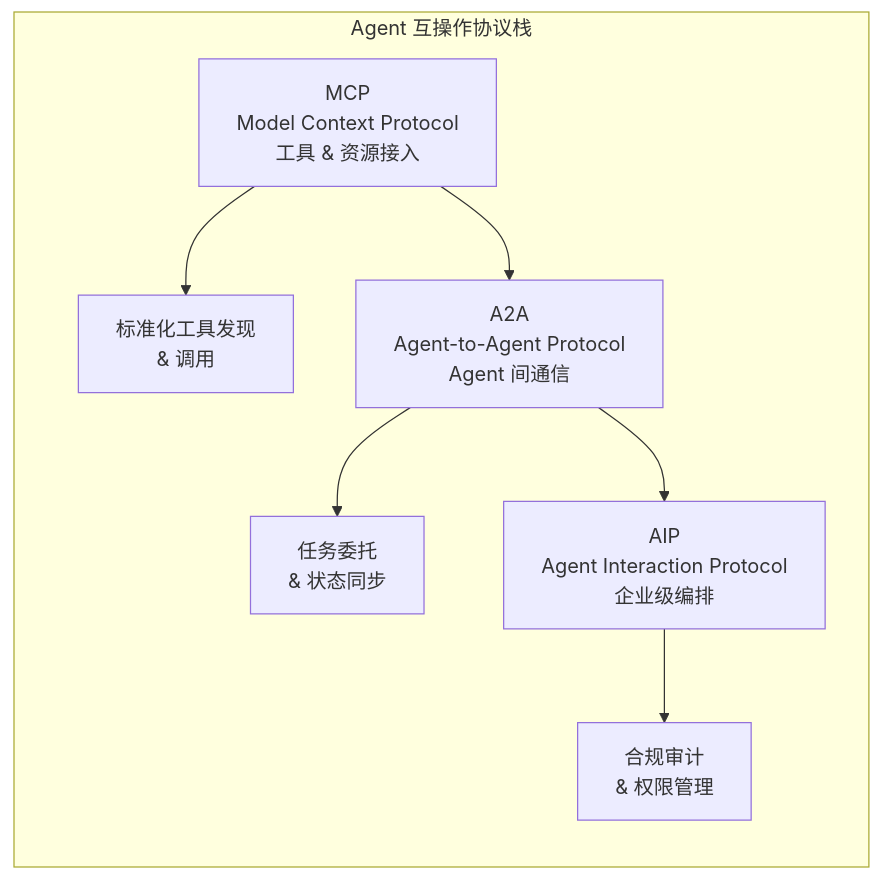
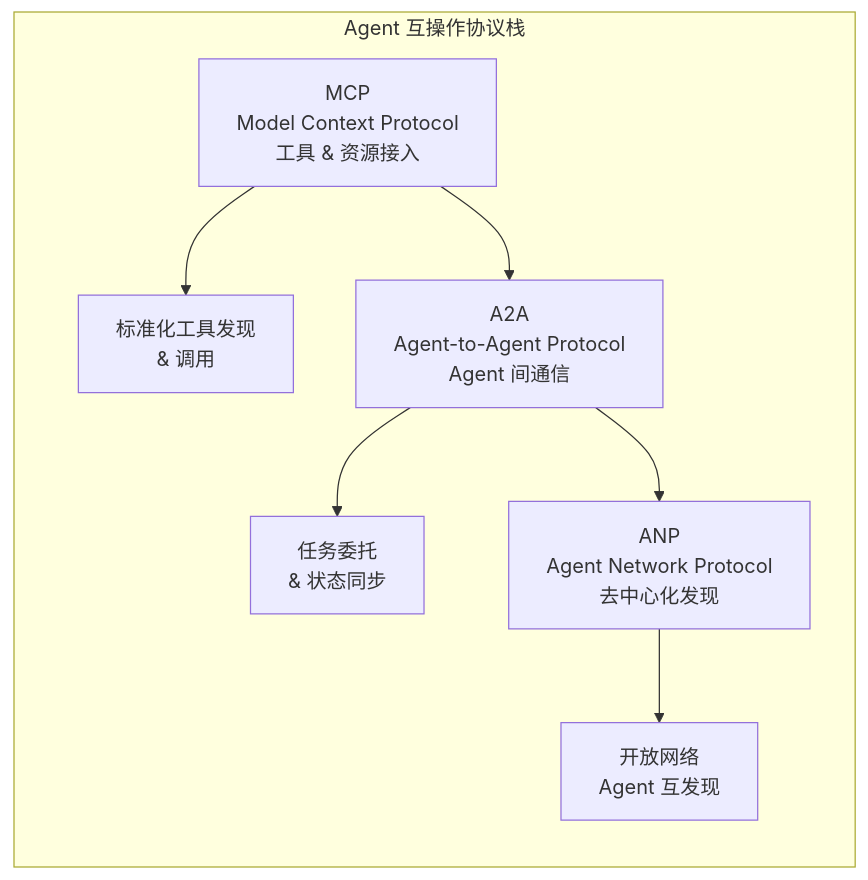
One commit to xiaoxiath/ai-agent-engineering changed the diagram in chapters/part-08-interoperability/ch20-protocols.md. Above: the diagram before and after it, drawn with Mermaid. The commit also changed other lines of this file and 28 other files, not shown here.

````diff
--- a/chapters/part-08-interoperability/ch20-protocols.md
+++ b/chapters/part-08-interoperability/ch20-protocols.md
@@ -40,10 +9,10 @@
 ```mermaid
 flowchart LR
     subgraph Agent 互操作协议栈
         A[MCP<br/>Model Context Protocol<br/>工具 & 资源接入] --> D[标准化工具发现<br/>& 调用]
         B[A2A<br/>Agent-to-Agent Protocol<br/>Agent 间通信] --> E[任务委托<br/>& 状态同步]
-        C[AIP<br/>Agent Interaction Protocol<br/>企业级编排] --> F[合规审计<br/>& 权限管理]
+        C[ANP<br/>Agent Network Protocol<br/>去中心化发现] --> F[开放网络<br/>Agent 互发现]
     end
     A --> B
     B --> C
 ```
````
